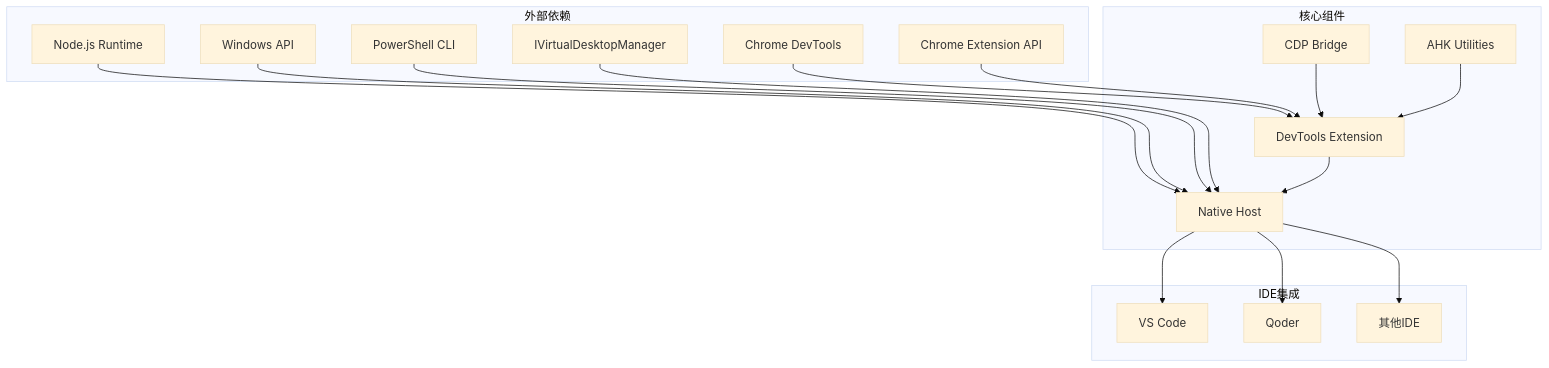
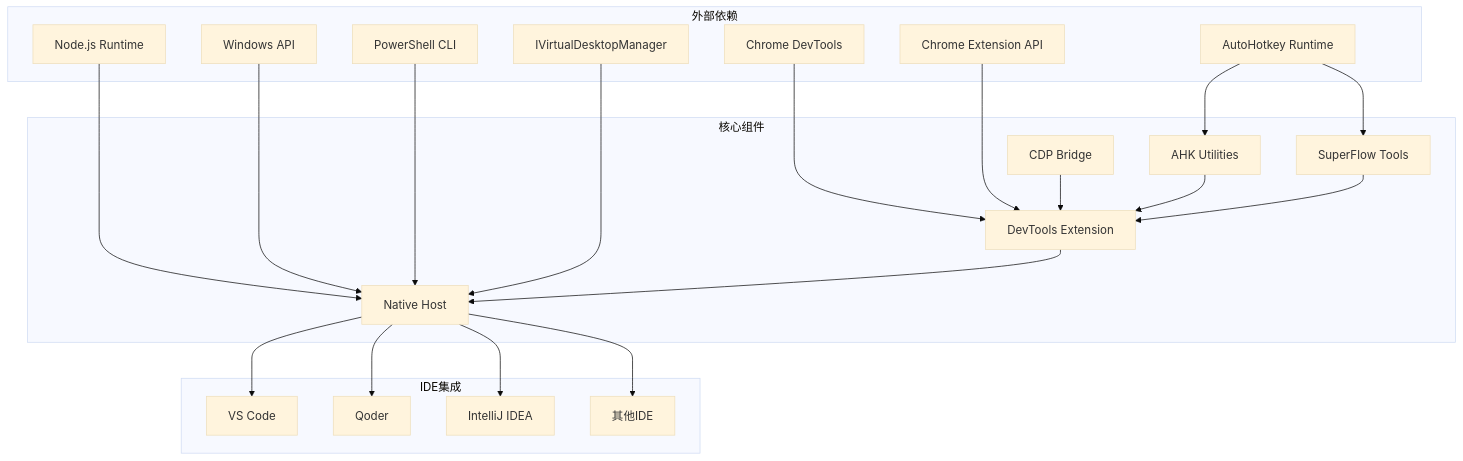
Before and after one commit to wangys-123doit/hotkey: diagram 16 of 17 in .qoder/repowiki/zh/content/外部工具集成/DevTools VS Code 开发者工具集成系统/DevTools VS Code 开发者工具集成系统.md, drawn with Mermaid (base theme). The commit also changed other lines of this file and 8 other files, not shown here.

First line of the commit message:
feat(devtools): 添加 DevTools 位置验证与 dev-server 路径映射

````diff
--- a/.qoder/repowiki/zh/content/外部工具集成/DevTools VS Code 开发者工具集成系统/DevTools VS Code 开发者工具集成系统.md
+++ b/.qoder/repowiki/zh/content/外部工具集成/DevTools VS Code 开发者工具集成系统/DevTools VS Code 开发者工具集成系统.md
@@ -612,34 +631,41 @@
 ```mermaid
 graph TB
 subgraph "外部依赖"
 A[Chrome DevTools]
 B[Node.js Runtime]
 C[Windows API]
 D[PowerShell CLI]
 E[Chrome Extension API]
 F[IVirtualDesktopManager]
+G[AutoHotkey Runtime]
 end
 subgraph "核心组件"
-G[DevTools Extension]
-H[Native Host]
-I[CDP Bridge]
-J[AHK Utilities]
+H[DevTools Extension]
+I[Native Host]
+J[CDP Bridge]
+K[AHK Utilities]
+L[SuperFlow Tools]
 end
 subgraph "IDE集成"
-K[VS Code]
-L[Qoder]
-M[其他IDE]
+M[VS Code]
+N[Qoder]
+O[IntelliJ IDEA]
+P[其他IDE]
 end
-A --> G
-B --> H
-C --> H
-D --> H
-E --> G
-F --> H
-G --> H
-H --> K
-H --> L
-H --> M
-I --> G
-J --> G
+A --> H
+B --> I
+C --> I
+D --> I
+E --> H
+F --> I
+G --> K
+G --> L
+H --> I
+I --> M
+I --> N
+I --> O
+I --> P
+J --> H
+K --> H
+L --> H
 ```
````
